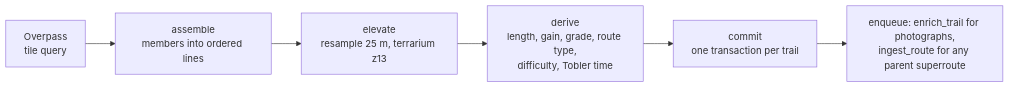
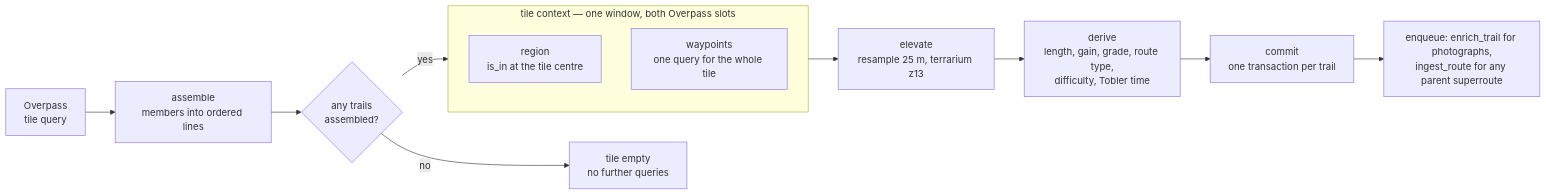
Before and after one commit to mbahgatTech/switchback: the third of 13 diagrams in docs/architecture.md, drawn with Mermaid. The commit also changed other lines of this file and 7 other files, not shown here.

First line of the commit message:
Fill both Overpass slots on the way to a tile's first trail

````diff
--- a/docs/architecture.md
+++ b/docs/architecture.md
@@ -88,8 +88,16 @@
 ```mermaid
 flowchart LR
   A["Overpass<br/>tile query"] --> B["assemble<br/>members into ordered lines"]
-  B --> C["elevate<br/>resample 25 m, terrarium z13"]
+  B --> X{"any trails<br/>assembled?"}
+  X -- no --> Z["tile empty<br/>no further queries"]
+  X -- yes --> T
+  subgraph T["tile context — one window, both Overpass slots"]
+    direction TB
+    T1["region<br/>is_in at the tile centre"]
+    T2["waypoints<br/>one query for the whole tile"]
+  end
+  T --> C["elevate<br/>resample 25 m, terrarium z13"]
   C --> D["derive<br/>length, gain, grade, route type,<br/>difficulty, Tobler time"]
   D --> E["commit<br/>one transaction per trail"]
   E --> F["enqueue: enrich_trail for photographs,<br/>ingest_route for any parent superroute"]
 ```
````
